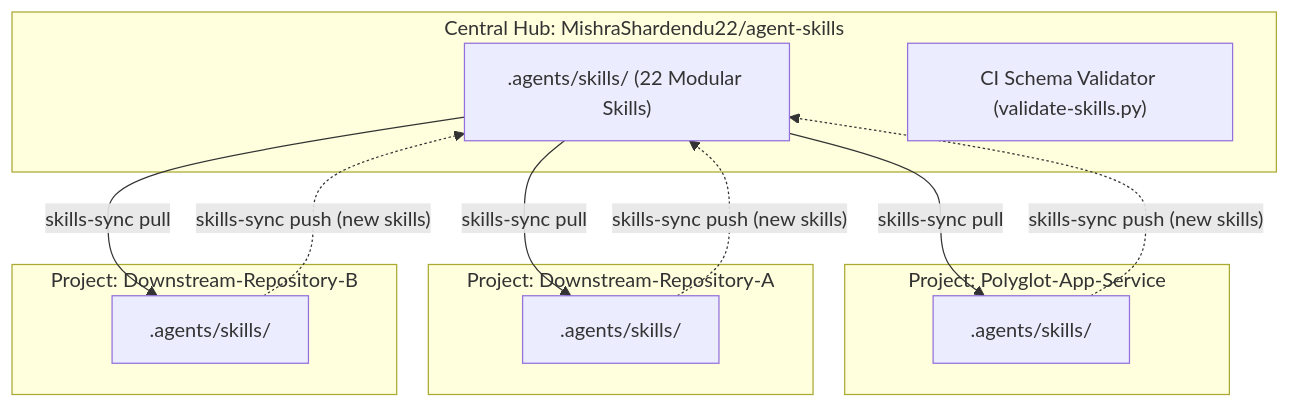
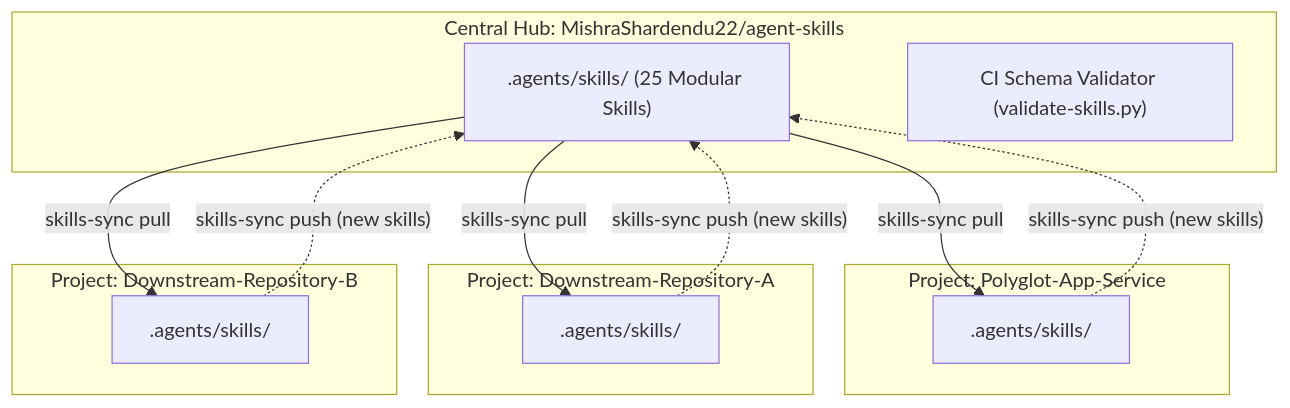
One commit to Career-Cafe/agent-skills-hub-sync-engine changed the diagram in README.md. Above: the diagram before and after it, drawn with Mermaid. The commit also changed other lines of this file and 10 other files, not shown here.

````diff
--- a/README.md
+++ b/README.md
@@ -59,27 +60,27 @@
 ```mermaid
 flowchart TD
     subgraph Hub["Central Hub: MishraShardendu22/agent-skills"]
-        MasterSkills[".agents/skills/ (22 Modular Skills)"]
+        MasterSkills[".agents/skills/ (25 Modular Skills)"]
         Validator["CI Schema Validator (validate-skills.py)"]
     end
 
     subgraph Repo1["Project: Polyglot-App-Service"]
         P1Skills[".agents/skills/"]
     end
 
     subgraph Repo2["Project: Downstream-Repository-A"]
         P2Skills[".agents/skills/"]
     end
 
     subgraph Repo3["Project: Downstream-Repository-B"]
         P3Skills[".agents/skills/"]
     end
 
     MasterSkills -- "skills-sync pull" --> P1Skills
     MasterSkills -- "skills-sync pull" --> P2Skills
     MasterSkills -- "skills-sync pull" --> P3Skills
 
     P1Skills -. "skills-sync push (new skills)" .-> MasterSkills
     P2Skills -. "skills-sync push (new skills)" .-> MasterSkills
     P3Skills -. "skills-sync push (new skills)" .-> MasterSkills
 ```
````
